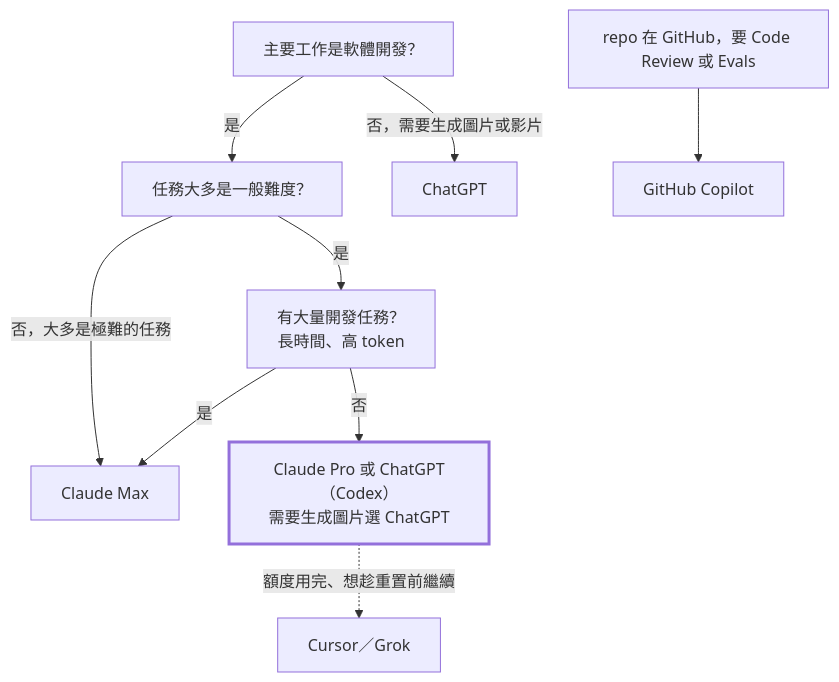
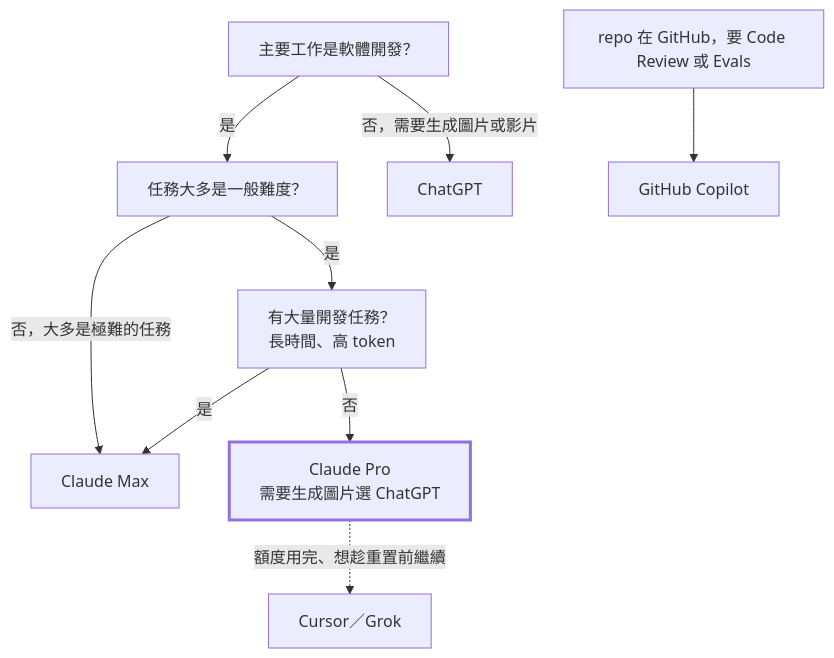
One commit to akunzai/akunzai.github.io changed the diagram in src/content/docs/zh-tw/blog/pro-is-enough.md. Above: the diagram before and after it, drawn with Mermaid. The commit also changed other lines of this file and 1 other file, not shown here.

Commit message:
docs: Update Pro Is Enough with SemiAnalysis October data

````diff
--- a/src/content/docs/zh-tw/blog/pro-is-enough.md
+++ b/src/content/docs/zh-tw/blog/pro-is-enough.md
@@ -152,12 +158,12 @@
 ```mermaid
 flowchart TD
     A[主要工作是軟體開發？] -->|是| B[任務大多是一般難度？]
     A -->|否，需要生成圖片或影片| X[ChatGPT]
     B -->|是| C[有大量開發任務？<br/>長時間、高 token]
     B -->|否，大多是極難的任務| M
-    C -->|否| P[Claude Pro 或 ChatGPT（Codex）<br/>需要生成圖片選 ChatGPT]
+    C -->|否| P[Claude Pro<br/>需要生成圖片選 ChatGPT]
     C -->|是| M[Claude Max]
     P -.額度用完、想趁重置前繼續.-> R[Cursor／Grok]
     G[repo 在 GitHub，要 Code Review 或 Evals] --> H[GitHub Copilot]
     style P stroke-width:3px
 ```
````
